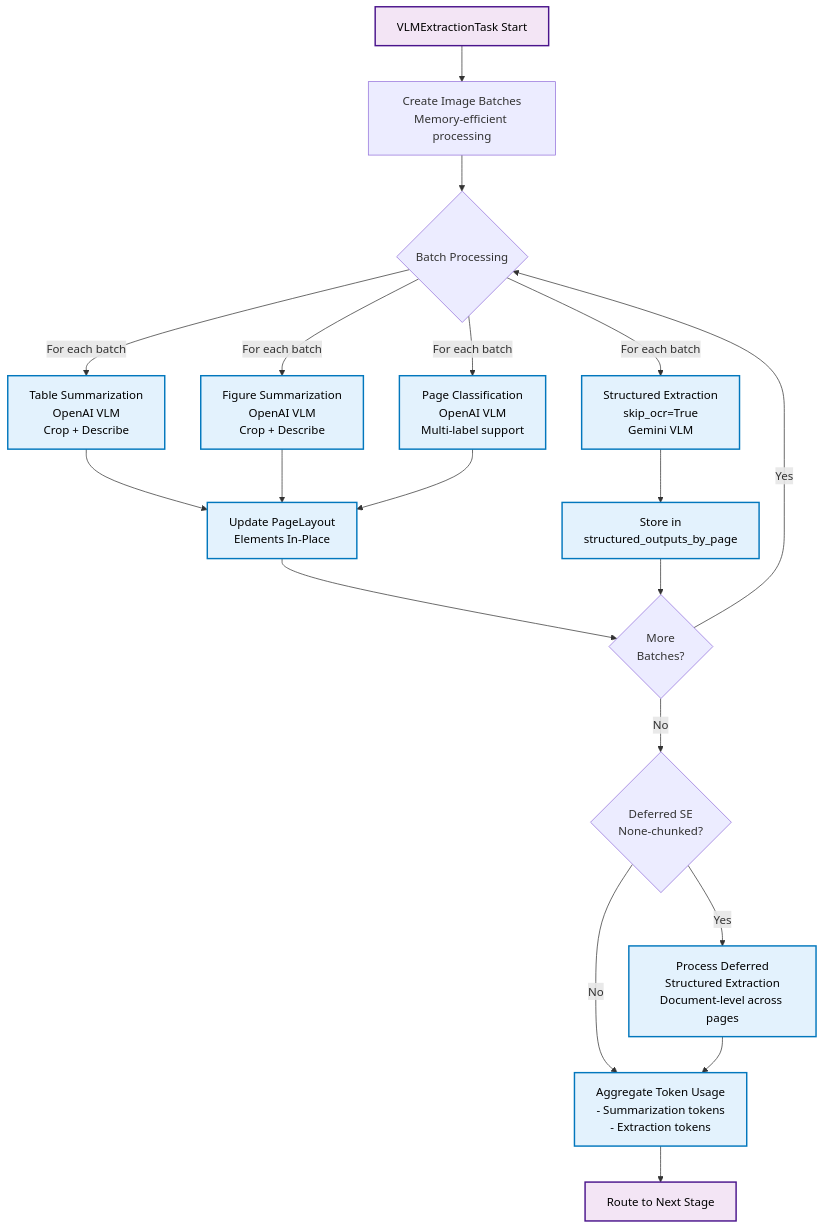
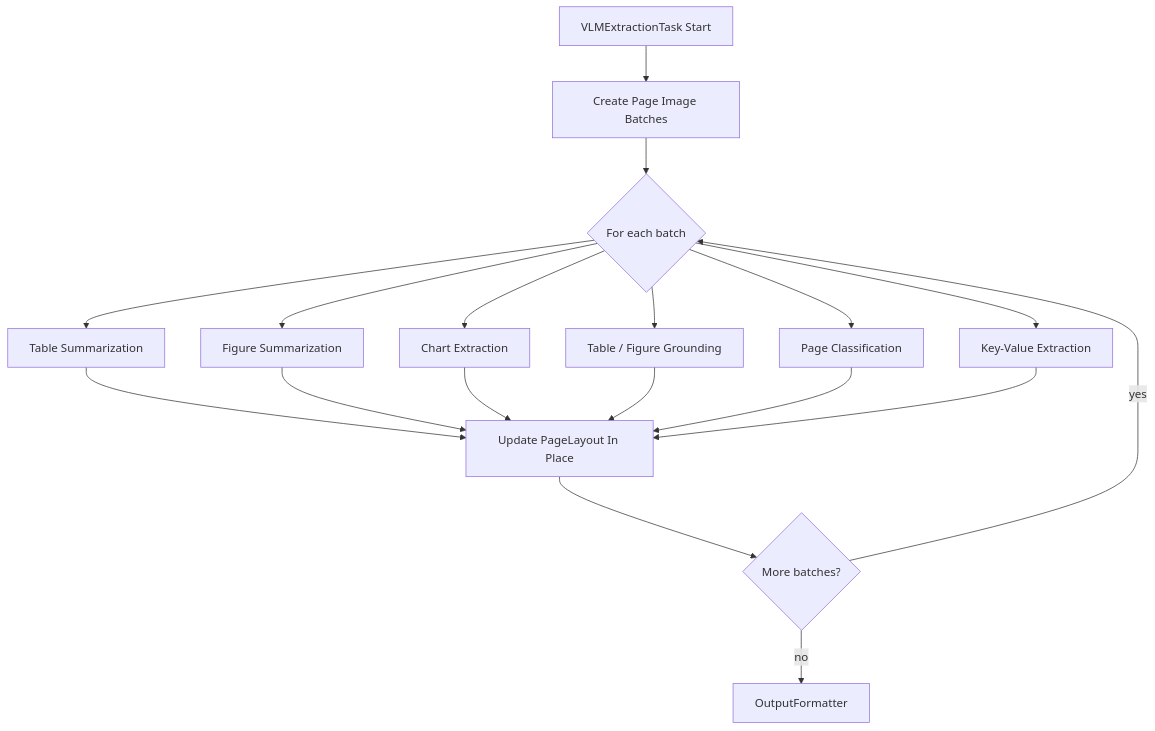
One commit to nick-wisniewski/stern-open-ingest changed the second of 3 diagrams in docs/pipeline.md. Above: the diagram before and after it, drawn with Mermaid. The commit also changed other lines of this file and 46 other files, not shown here.

Commit message:
Drop structured extraction feature

````diff
--- a/docs/pipeline.md
+++ b/docs/pipeline.md
@@ -138,34 +62,23 @@
 ```mermaid
 flowchart TD
-    VLMStart[VLMExtractionTask Start] --> BatchCreate[Create Image Batches<br/>Memory-efficient processing]
-    
-    BatchCreate --> Batch1{Batch Processing}
-    
-    Batch1 -->|For each batch| TableSum[Table Summarization<br/>OpenAI VLM<br/>Crop + Describe]
-    Batch1 -->|For each batch| FigSum[Figure Summarization<br/>OpenAI VLM<br/>Crop + Describe]
-    Batch1 -->|For each batch| PageClass[Page Classification<br/>OpenAI VLM<br/>Multi-label support]
-    Batch1 -->|For each batch| SkipOCRSE[Structured Extraction<br/>skip_ocr=True<br/>Gemini VLM]
-    
-    TableSum --> UpdateElements[Update PageLayout<br/>Elements In-Place]
-    FigSum --> UpdateElements
-    PageClass --> UpdateElements
-    SkipOCRSE --> StoreResults[Store in<br/>structured_outputs_by_page]
-    
-    UpdateElements --> MoreBatches{More<br/>Batches?}
-    StoreResults --> MoreBatches
-    
-    MoreBatches -->|Yes| Batch1
-    MoreBatches -->|No| Deferred{Deferred SE<br/>None-chunked?}
-    
-    Deferred -->|Yes| DeferredSE[Process Deferred<br/>Structured Extraction<br/>Document-level across pages]
-    Deferred -->|No| TokenAgg[Aggregate Token Usage<br/>- Summarization tokens<br/>- Extraction tokens]
-    
-    DeferredSE --> TokenAgg
-    TokenAgg --> VLMEnd[Route to Next Stage]
-    
-    classDef vlm fill:#f3e5f5,stroke:#4a148c,stroke-width:2px,color:#000
-    classDef process fill:#e3f2fd,stroke:#0277bd,stroke-width:2px,color:#000
-    
-    class VLMStart,VLMEnd vlm
-    class TableSum,FigSum,PageClass,SkipOCRSE,UpdateElements,StoreResults,DeferredSE,TokenAgg process
+    VLMStart[VLMExtractionTask Start] --> BatchCreate[Create Page Image Batches]
+    BatchCreate --> Batch{For each batch}
+
+    Batch --> TableSum[Table Summarization]
+    Batch --> FigSum[Figure Summarization]
+    Batch --> Chart[Chart Extraction]
+    Batch --> Grounding[Table / Figure Grounding]
+    Batch --> PageClass[Page Classification]
+    Batch --> KV[Key-Value Extraction]
+
+    TableSum --> Update[Update PageLayout In Place]
+    FigSum --> Update
+    Chart --> Update
+    Grounding --> Update
+    PageClass --> Update
+    KV --> Update
+
+    Update --> More{More batches?}
+    More -->|yes| Batch
+    More -->|no| Out[OutputFormatter]
 ```
````
